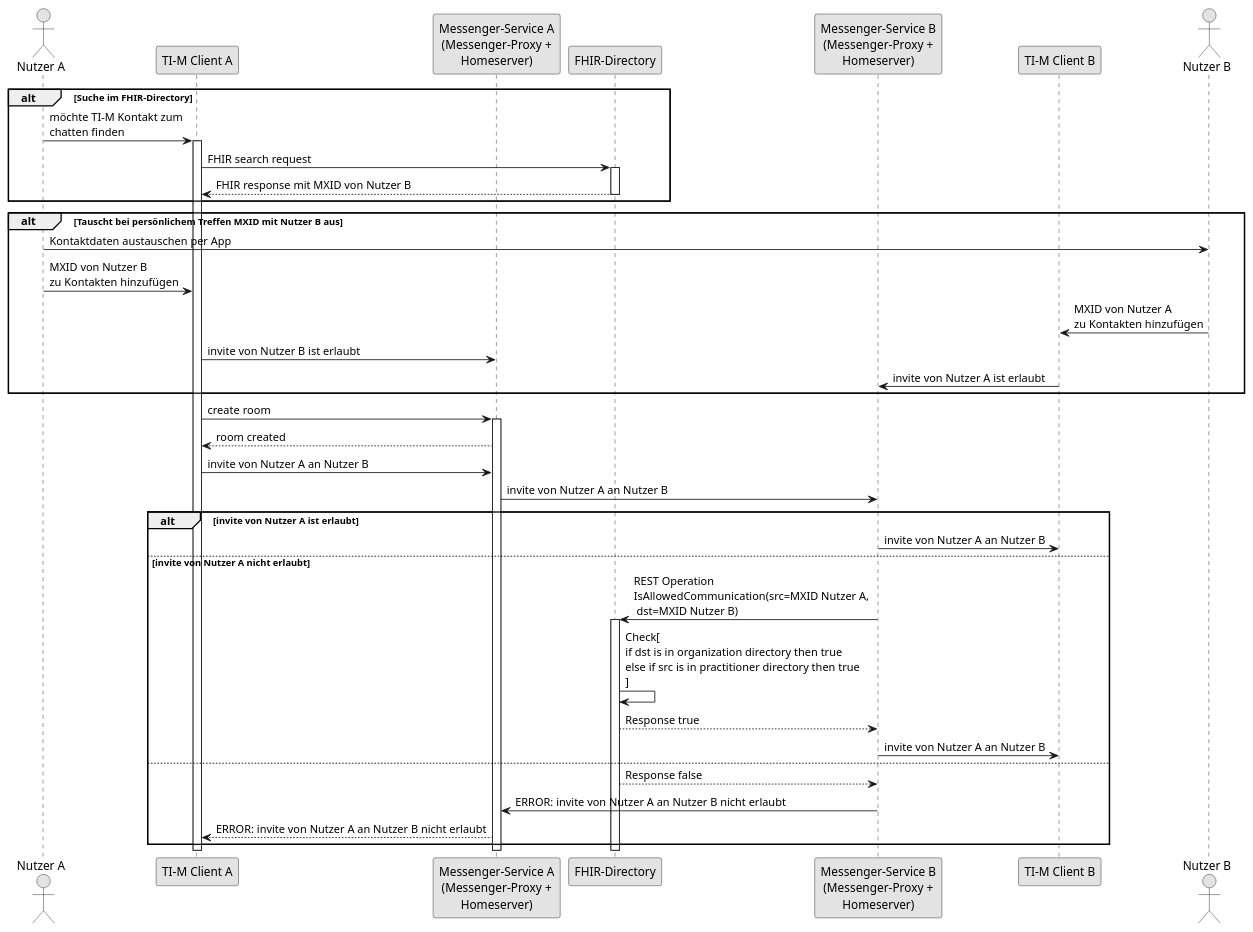
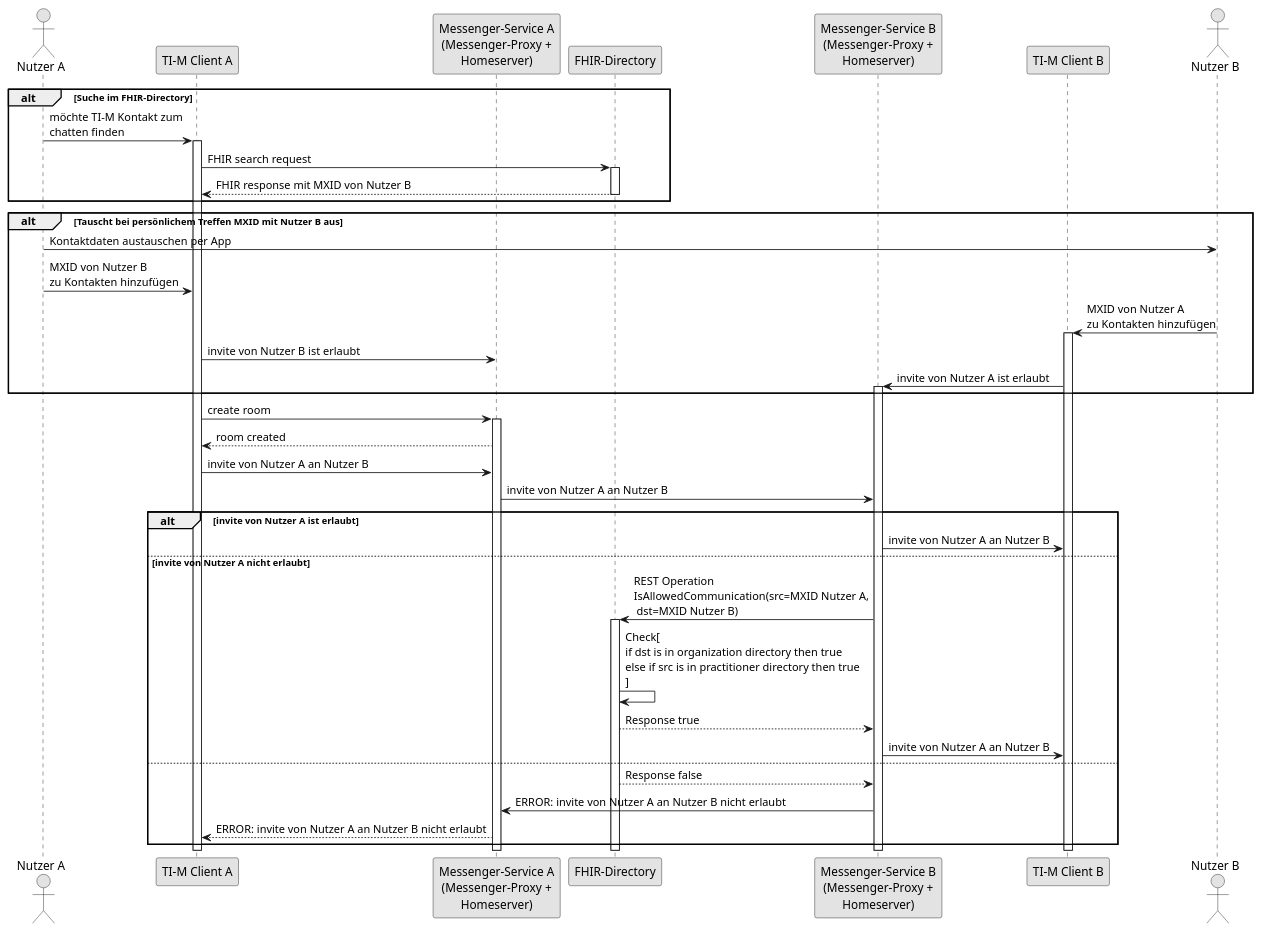
The diagram in src/plantuml/architecture/Communication_control_without_PASSporT.puml (gematik/api-ti-messenger), drawn with PlantUML before and after one commit.

```diff
--- a/src/plantuml/architecture/Communication_control_without_PASSporT.puml
+++ b/src/plantuml/architecture/Communication_control_without_PASSporT.puml
@@ -1,52 +1,56 @@
 @startuml TI-Messenger communication control without PASSporT
 skinparam dpi 100
 skinparam WrapWidth 200
 skinparam monochrome true
 
 actor a as "Nutzer A"
 participant cl as "TI-M Client A"
 participant mp as "Messenger-Service A\n(Messenger-Proxy +\nHomeserver)"
 participant fd as "FHIR-Directory"
 participant mpb as "Messenger-Service B\n(Messenger-Proxy +\nHomeserver)"
 participant clb as "TI-M Client B"
 actor b as "Nutzer B"
 
 alt Suche im FHIR-Directory
 a -> cl: möchte TI-M Kontakt zum\nchatten finden
 activate cl
 cl -> fd: FHIR search request
 activate fd
 fd --> cl: FHIR response mit MXID von Nutzer B
 deactivate fd
 end
 alt Tauscht bei persönlichem Treffen MXID mit Nutzer B aus
 a -> b: Kontaktdaten austauschen per App
 a -> cl: MXID von Nutzer B\nzu Kontakten hinzufügen
 b -> clb: MXID von Nutzer A\nzu Kontakten hinzufügen
+activate clb
 cl -> mp: invite von Nutzer B ist erlaubt
 clb -> mpb: invite von Nutzer A ist erlaubt
+activate mpb
 end
 cl -> mp: create room
 activate mp
 mp --> cl: room created
 
 ' Invite
 cl -> mp: invite von Nutzer A an Nutzer B
 mp -> mpb: invite von Nutzer A an Nutzer B
 alt invite von Nutzer A ist erlaubt
 mpb -> clb: invite von Nutzer A an Nutzer B
 else invite von Nutzer A nicht erlaubt
 mpb -> fd: REST Operation\nIsAllowedCommunication(src=MXID Nutzer A,\n dst=MXID Nutzer B)
 activate fd
 fd -> fd: Check[\nif dst is in organization directory then true\nelse if src is in practitioner directory then true\n]
 fd --> mpb: Response true
 mpb -> clb: invite von Nutzer A an Nutzer B
 else
 fd --> mpb: Response false
 mpb -> mp: ERROR: invite von Nutzer A an Nutzer B nicht erlaubt
 mp --> cl: ERROR: invite von Nutzer A an Nutzer B nicht erlaubt
 end
 deactivate fd
+deactivate clb
+deactivate mpb
 deactivate mp
 deactivate cl
 @enduml
```
